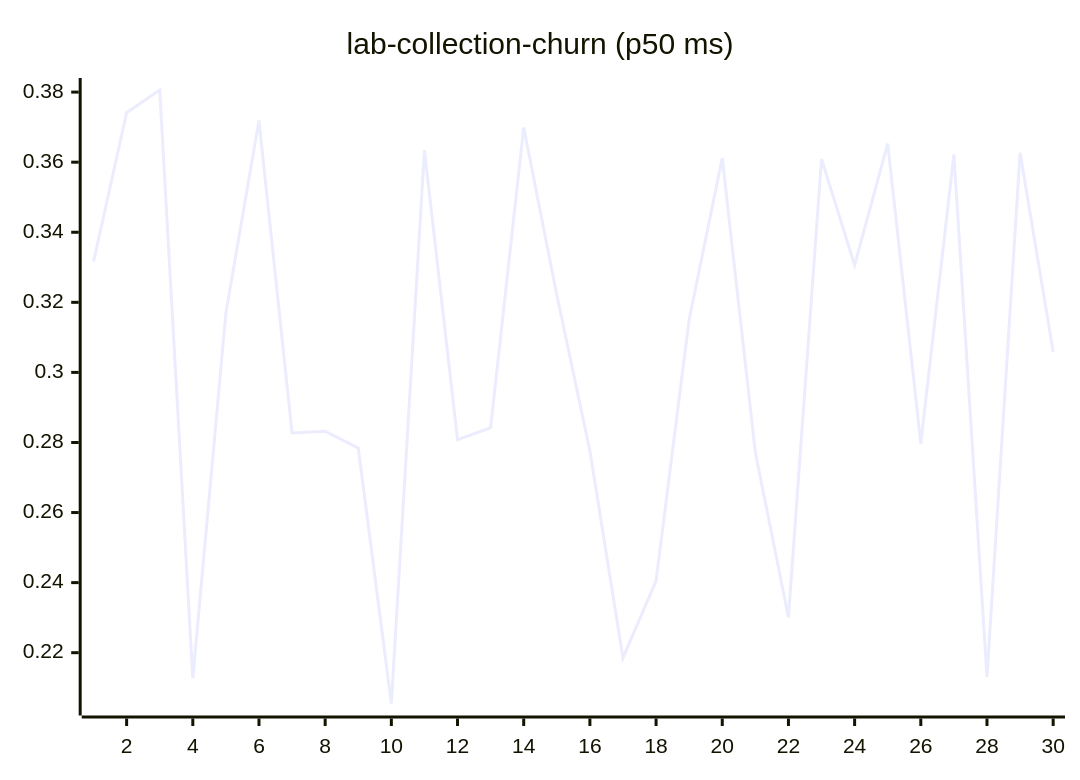
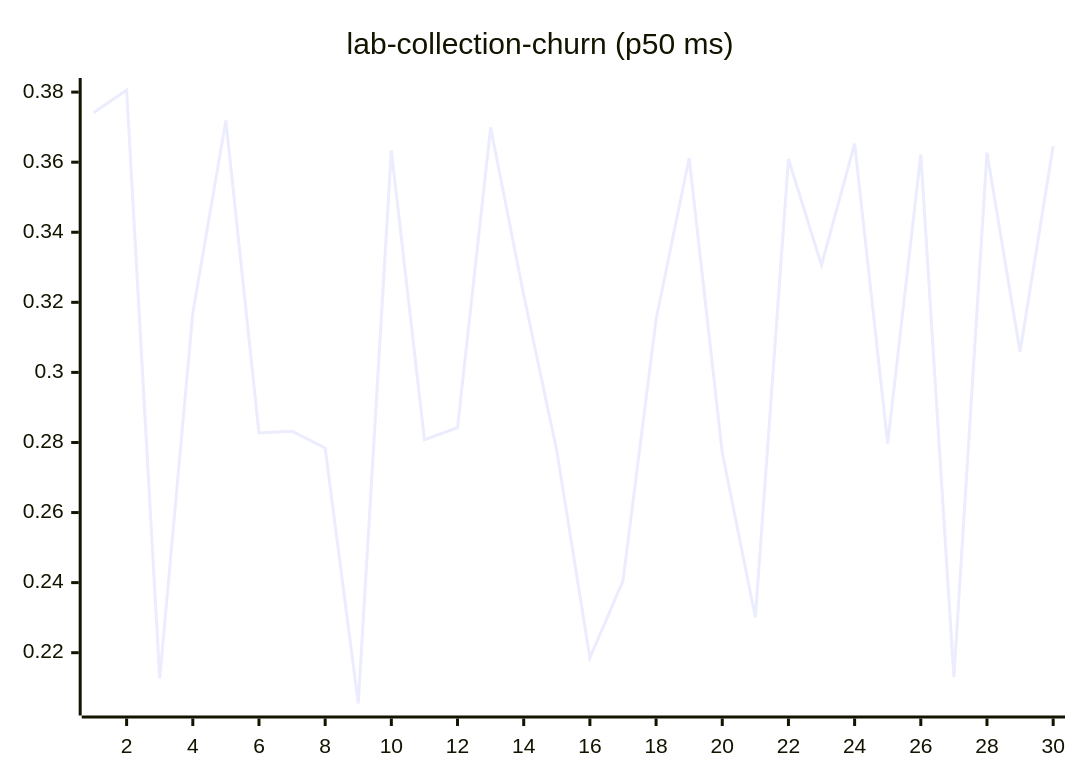
One commit to josha/Facet changed diagram 11 of 27 in README.md. Above: the diagram before and after it, drawn with Mermaid. The commit also changed other lines of this file and 2 other files, not shown here.

````diff
--- a/README.md
+++ b/README.md
@@ -133,6 +133,6 @@
 ```mermaid
 xychart-beta
     title "lab-collection-churn (p50 ms)"
     x-axis 1 --> 30
-    line [0.3316, 0.3741, 0.3806, 0.2127, 0.3170, 0.3719, 0.2827, 0.2832, 0.2784, 0.2055, 0.3634, 0.2808, 0.2842, 0.3699, 0.3221, 0.2776, 0.2185, 0.2405, 0.3151, 0.3612, 0.2771, 0.2301, 0.3609, 0.3306, 0.3653, 0.2797, 0.3622, 0.2130, 0.3627, 0.3059]
+    line [0.3741, 0.3806, 0.2127, 0.3170, 0.3719, 0.2827, 0.2832, 0.2784, 0.2055, 0.3634, 0.2808, 0.2842, 0.3699, 0.3221, 0.2776, 0.2185, 0.2405, 0.3151, 0.3612, 0.2771, 0.2301, 0.3609, 0.3306, 0.3653, 0.2797, 0.3622, 0.2130, 0.3627, 0.3059, 0.3646]
 ```
````
